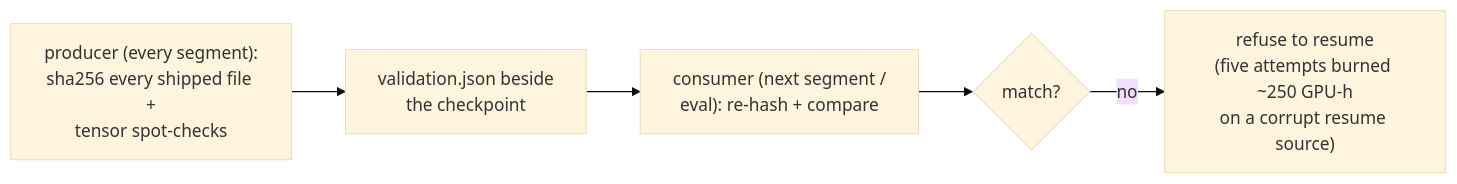
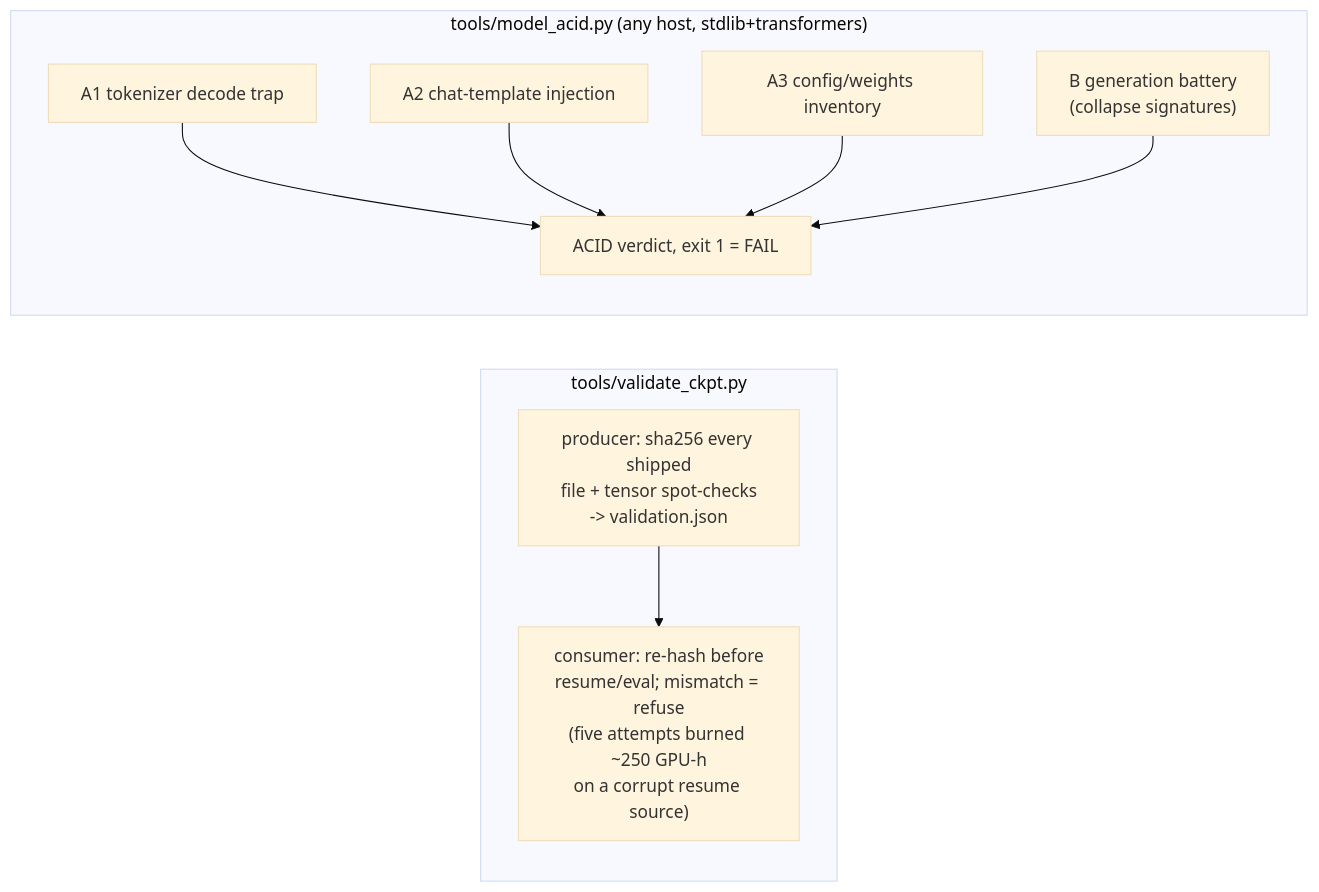
The fifth of 6 diagrams in docs/cli.md (storax-io/storax-ai-train-rocm), drawn with Mermaid (base theme) before and after one commit. The commit also changed other lines of this file and 1 other file, not shown here.

````diff
--- a/docs/cli.md
+++ b/docs/cli.md
@@ -107,7 +94,9 @@
 ```mermaid
 flowchart LR
-    PR["producer (every segment):<br/>sha256 every shipped file +<br/>tensor spot-checks"] --> VJ["validation.json beside<br/>the checkpoint"]
-    CO["consumer (next segment /<br/>eval): re-hash + compare"] --> OK{match?}
-    VJ --> CO
-    OK -- no --> STOP["refuse to resume<br/>(five attempts burned ~250 GPU-h<br/>on a corrupt resume source)"]
+    subgraph vc["tools/validate_ckpt.py"]
+        PR["producer: sha256 every shipped<br/>file + tensor spot-checks<br/>-> validation.json"] --> CO["consumer: re-hash before<br/>resume/eval; mismatch = refuse<br/>(five attempts burned ~250 GPU-h<br/>on a corrupt resume source)"]
+    end
+    subgraph ma["tools/model_acid.py (any host, stdlib+transformers)"]
+        A1["A1 tokenizer decode trap"] & A2["A2 chat-template injection"] & A3["A3 config/weights inventory"] & B1["B generation battery<br/>(collapse signatures)"] --> V2["ACID verdict, exit 1 = FAIL"]
+    end
 ```
````
